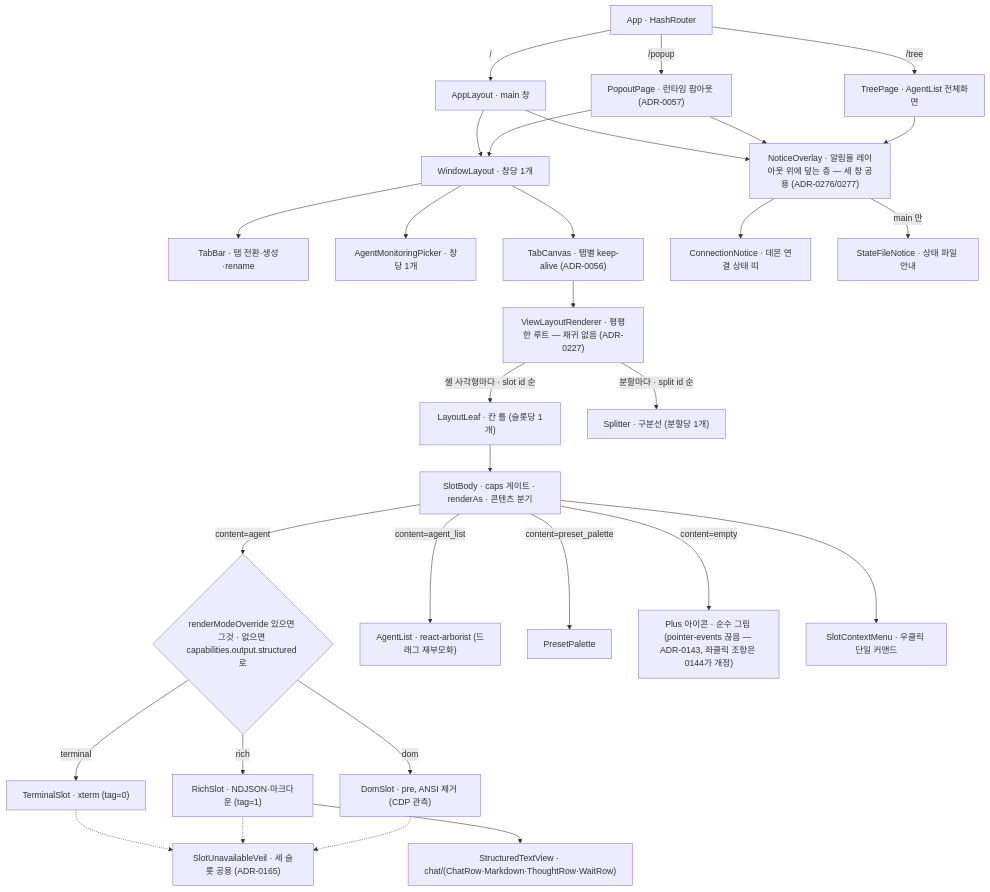
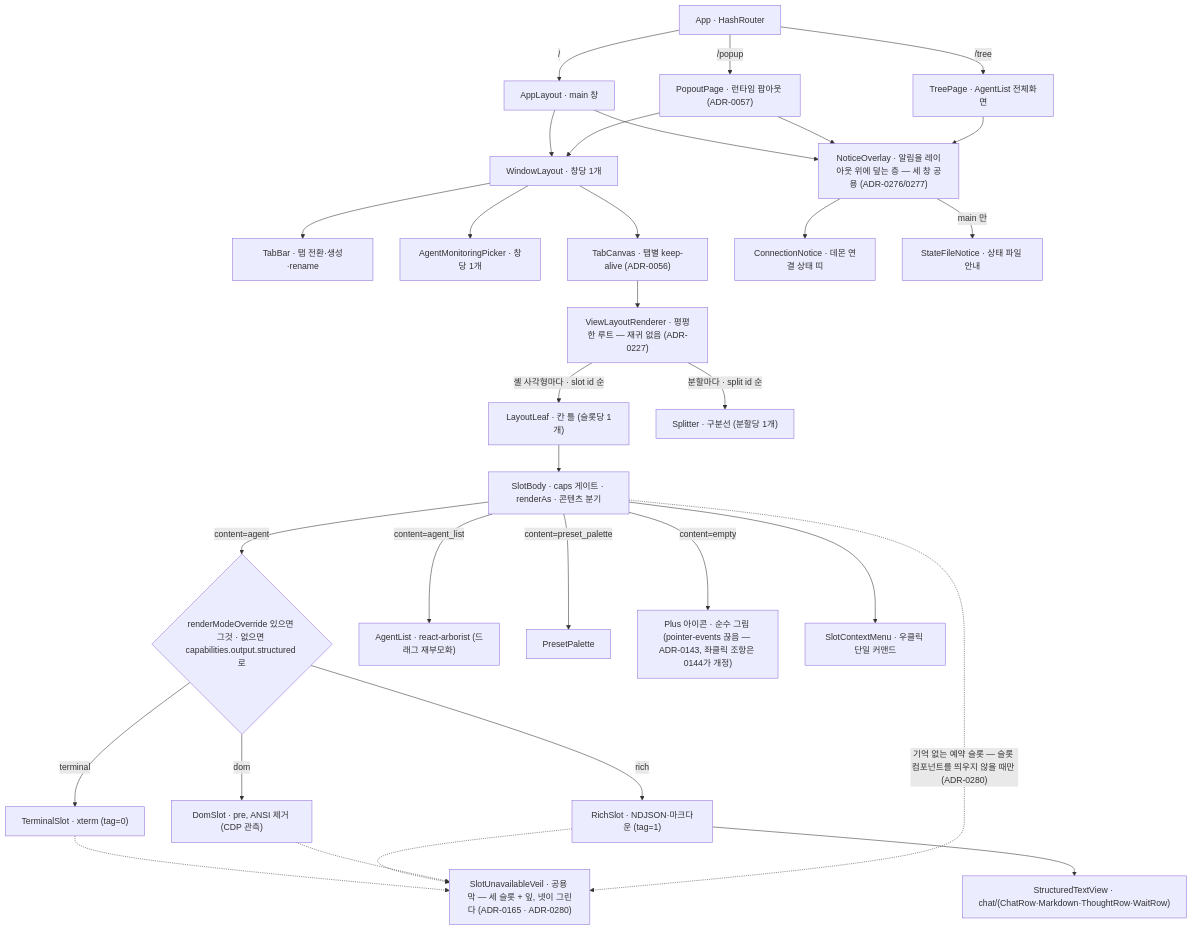
One commit to kimsunzun/engram-dashboard changed diagram 12 of 20 in docs/reference/architecture-overview.md. Above: the diagram before and after it, drawn with Mermaid. The commit also changed other lines of this file and 12 other files, not shown here.

````diff
--- a/docs/reference/architecture-overview.md
+++ b/docs/reference/architecture-overview.md
@@ -545,34 +545,35 @@
 ```mermaid
 flowchart TD
   App["App · HashRouter"]
   App -->|"/"| AL0["AppLayout · main 창"]
   App -->|"/tree"| TP["TreePage · AgentList 전체화면"]
   App -->|"/popup"| PO["PopoutPage · 런타임 팝아웃 (ADR-0057)"]
 
   AL0 --> WLnode["WindowLayout · 창당 1개"]
   PO --> WLnode
   WLnode --> TB["TabBar · 탭 전환·생성·rename"]
   WLnode --> AMP["AgentMonitoringPicker · 창당 1개"]
   WLnode --> TC["TabCanvas · 탭별 keep-alive (ADR-0056)"]
   TC --> VLR["ViewLayoutRenderer · 평평한 루트 — 재귀 없음 (ADR-0227)"]
   VLR -->|"셸 사각형마다 · slot id 순"| LL["LayoutLeaf · 칸 틀 (슬롯당 1개)"]
   VLR -->|"분할마다 · split id 순"| SPL["Splitter · 구분선 (분할당 1개)"]
   LL --> SB["SlotBody · caps 게이트 · renderAs · 콘텐츠 분기"]
   SB -->|"content=agent"| CAP{"renderModeOverride 있으면 그것 · 없으면 capabilities.output.structured 로"}
   CAP -->|"terminal"| TS["TerminalSlot · xterm (tag=0)"]
   CAP -->|"rich"| RS["RichSlot · NDJSON·마크다운 (tag=1)"]
   CAP -->|"dom"| DS["DomSlot · pre, ANSI 제거 (CDP 관측)"]
   RS --> STV["StructuredTextView · chat/(ChatRow·Markdown·ThoughtRow·WaitRow)"]
-  TS -.-> VEIL2["SlotUnavailableVeil · 세 슬롯 공용 (ADR-0165)"]
+  TS -.-> VEIL2["SlotUnavailableVeil · 공용 막 — 세 슬롯 + 잎, 넷이 그린다 (ADR-0165 · ADR-0280)"]
   RS -.-> VEIL2
   DS -.-> VEIL2
+  SB -.->|"기억 없는 예약 슬롯 — 슬롯 컴포넌트를 띄우지 않을 때만 (ADR-0280)"| VEIL2
   AL0 --> NOV["NoticeOverlay · 알림을 레이아웃 위에 덮는 층 — 세 창 공용 (ADR-0276/0277)"]
   PO --> NOV
   TP --> NOV
   NOV --> CN["ConnectionNotice · 데몬 연결 상태 띠"]
   NOV -->|"main 만"| SFN["StateFileNotice · 상태 파일 안내"]
   SB -->|"content=agent_list"| ALa["AgentList · react-arborist (드래그 재부모화)"]
   SB -->|"content=preset_palette"| PP["PresetPalette"]
   SB -->|"content=empty"| EMPTY["Plus 아이콘 · 순수 그림 (pointer-events 끊음 — ADR-0143, 좌클릭 조항은 0144가 개정)"]
   SB --> SCM["SlotContextMenu · 우클릭 단일 커맨드"]
 ```
````
